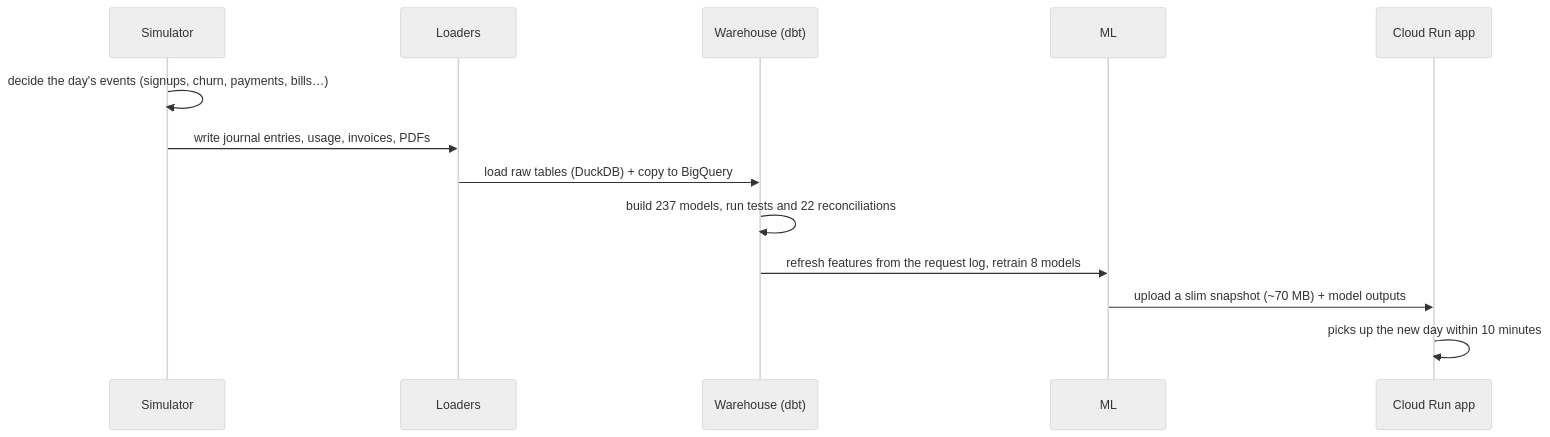
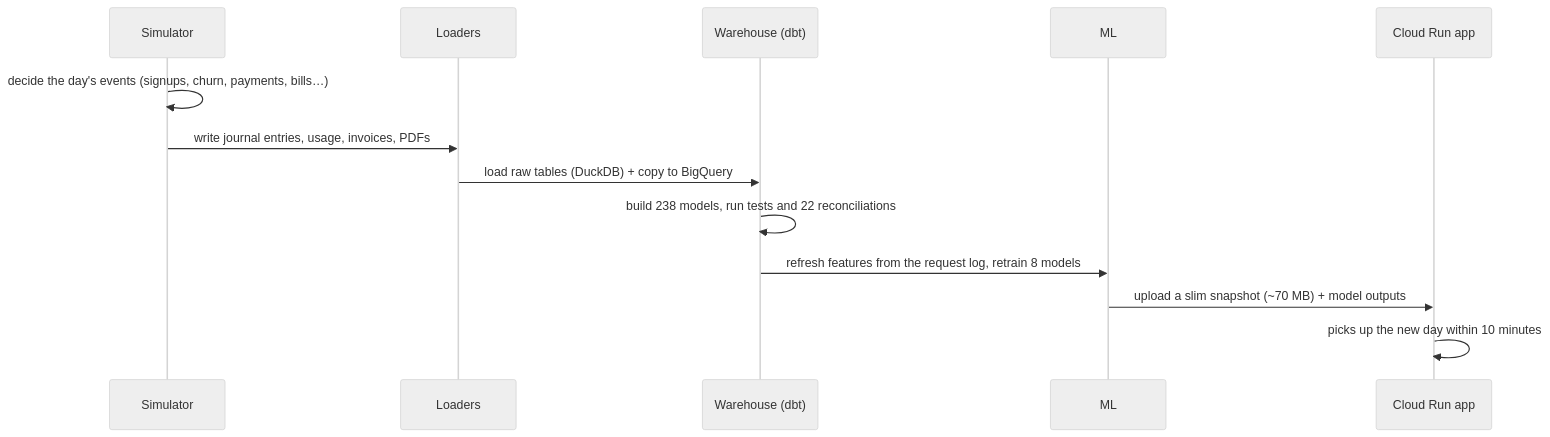
The fourth of 5 diagrams in README.md (sivram04/finance-os), drawn with Mermaid (neutral theme) before and after one commit. The commit also changed other lines of this file and 14 other files, not shown here.

````diff
--- a/README.md
+++ b/README.md
@@ -177,15 +177,15 @@
 ```mermaid
 sequenceDiagram
   participant S as Simulator
   participant L as Loaders
   participant W as Warehouse (dbt)
   participant M as ML
   participant C as Cloud Run app
   S->>S: decide the day's events (signups, churn, payments, bills…)
   S->>L: write journal entries, usage, invoices, PDFs
   L->>W: load raw tables (DuckDB) + copy to BigQuery
-  W->>W: build 237 models, run tests and 22 reconciliations
+  W->>W: build 238 models, run tests and 22 reconciliations
   W->>M: refresh features from the request log, retrain 8 models
   M->>C: upload a slim snapshot (~70 MB) + model outputs
   C->>C: picks up the new day within 10 minutes
 ```
````
